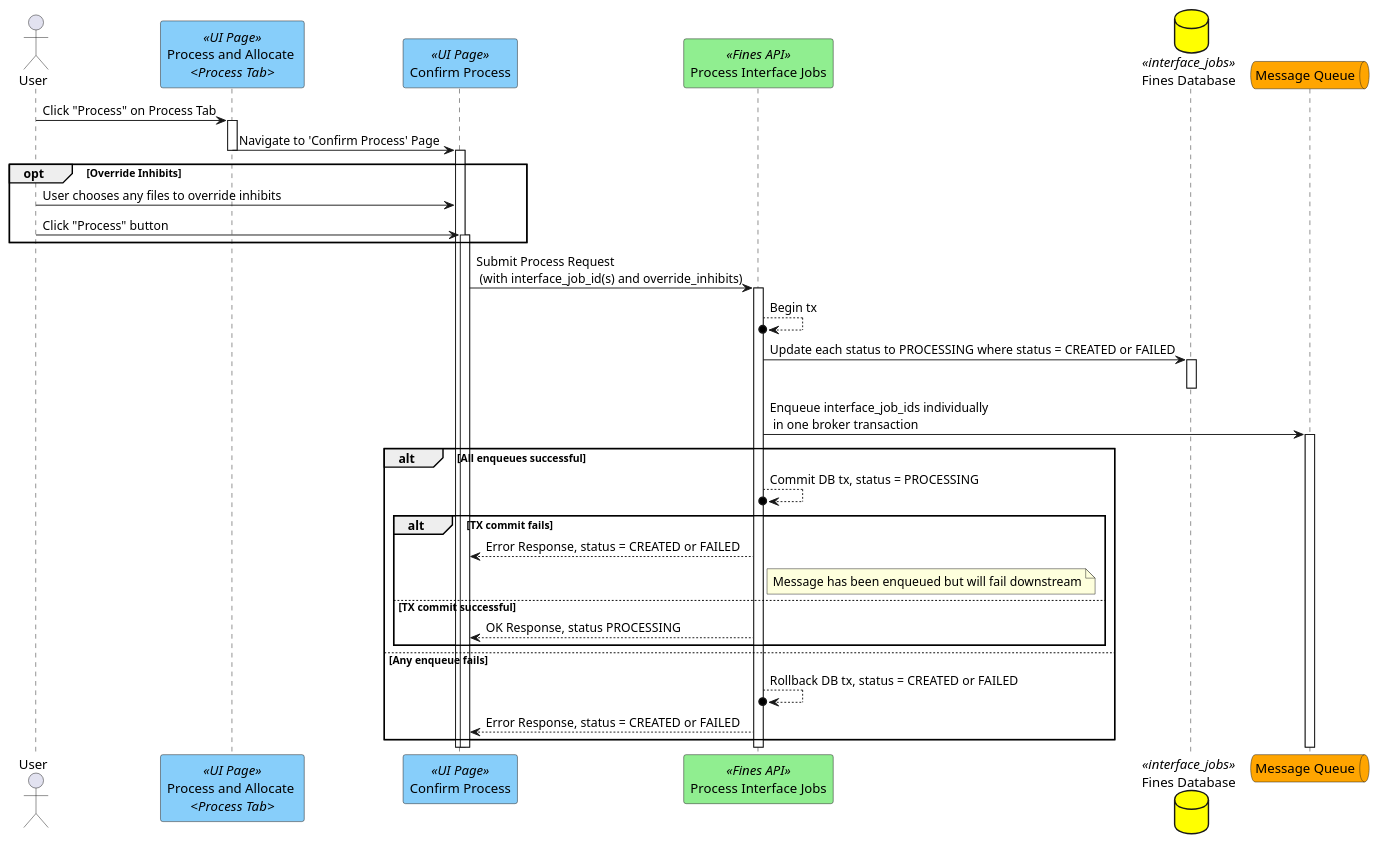
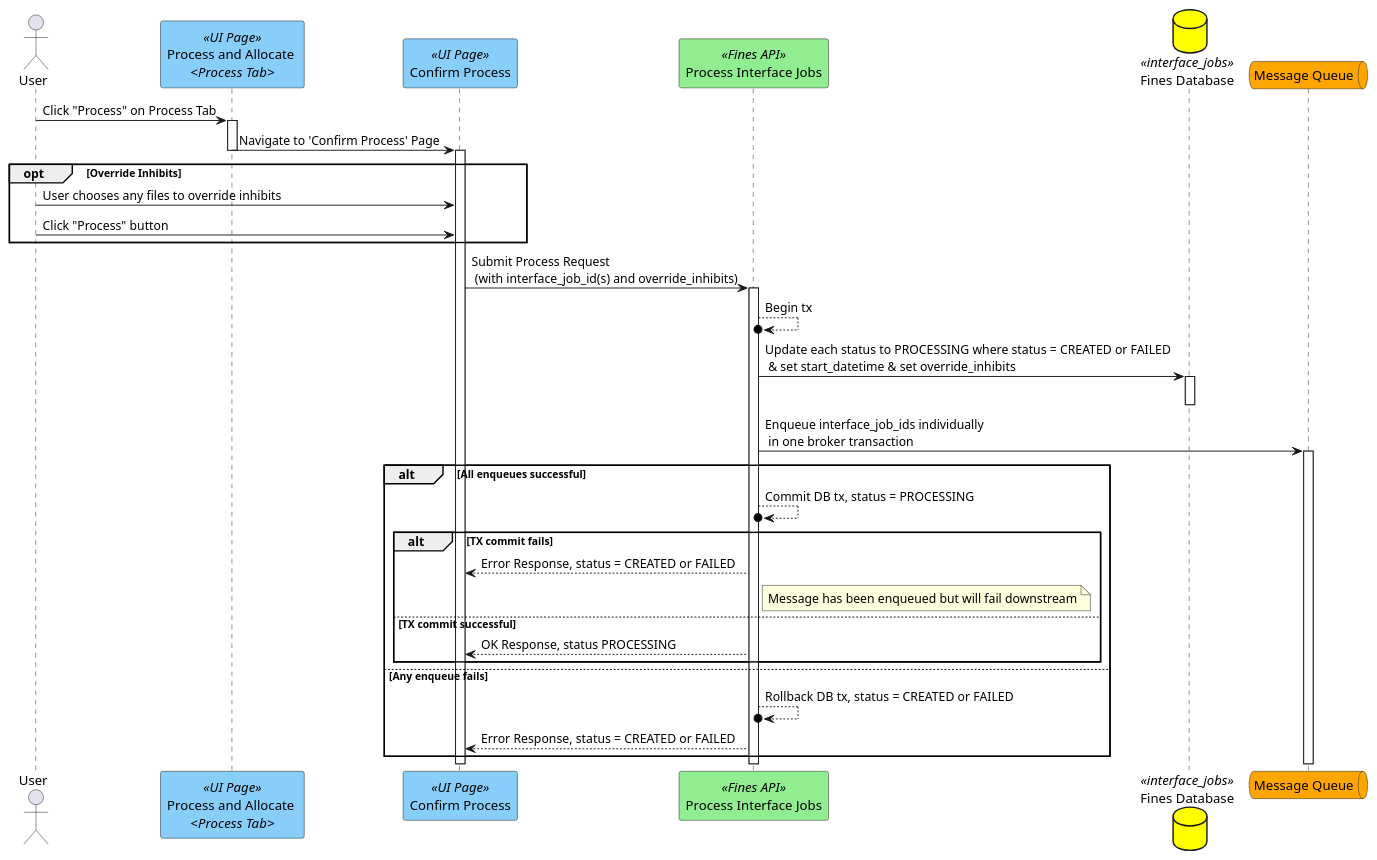
The diagram in plantUML/auto-payments/auto-payment-process.puml (hmcts/opal-docs), drawn with PlantUML before and after one commit. The commit also changed 5 other files, not shown here.

Commit message:
diagrams for auto-payments in

```diff
--- a/plantUML/auto-payments/auto-payment-process.puml
+++ b/plantUML/auto-payments/auto-payment-process.puml
@@ -1,33 +1,33 @@
 @startuml
 actor "User" as user
 participant "Process and Allocate \n<i><Process Tab></i>" as process <<UI Page>> #lightskyblue
 participant "Confirm Process" as confirmProcess <<UI Page>> #lightskyblue
 participant "Process Interface Jobs" as processJobs <<Fines API>> #lightgreen
 database "Fines Database" as DB <<interface_jobs>> #yellow
 queue Queue as "Message Queue" #Orange
 
 user -> process ++: Click "Process" on Process Tab
 process -> confirmProcess --++ : Navigate to 'Confirm Process' Page
 opt Override Inhibits
 user -> confirmProcess : User chooses any files to override inhibits
-user -> confirmProcess ++ : Click "Process" button
+user -> confirmProcess : Click "Process" button
 end
 confirmProcess -> processJobs ++ : Submit Process Request \n (with interface_job_id(s) and override_inhibits)
 
 processJobs -->o processJobs : Begin tx
-processJobs -> DB ++: Update each status to PROCESSING where status = CREATED or FAILED
+processJobs -> DB ++: Update each status to PROCESSING where status = CREATED or FAILED \n & set start_datetime & set override_inhibits
 DB --
 processJobs -> Queue ++: Enqueue interface_job_ids individually \n in one broker transaction
 alt All enqueues successful
         processJobs -->o processJobs : Commit DB tx, status = PROCESSING
         alt TX commit fails
             processJobs --> confirmProcess : Error Response, status = CREATED or FAILED
             note right processJobs : Message has been enqueued but will fail downstream
         else TX commit successful
             processJobs --> confirmProcess : OK Response, status PROCESSING
         end
     else Any enqueue fails
         processJobs -->o processJobs :  Rollback DB tx, status = CREATED or FAILED
         processJobs --> confirmProcess : Error Response, status = CREATED or FAILED
     end
 @enduml
```
